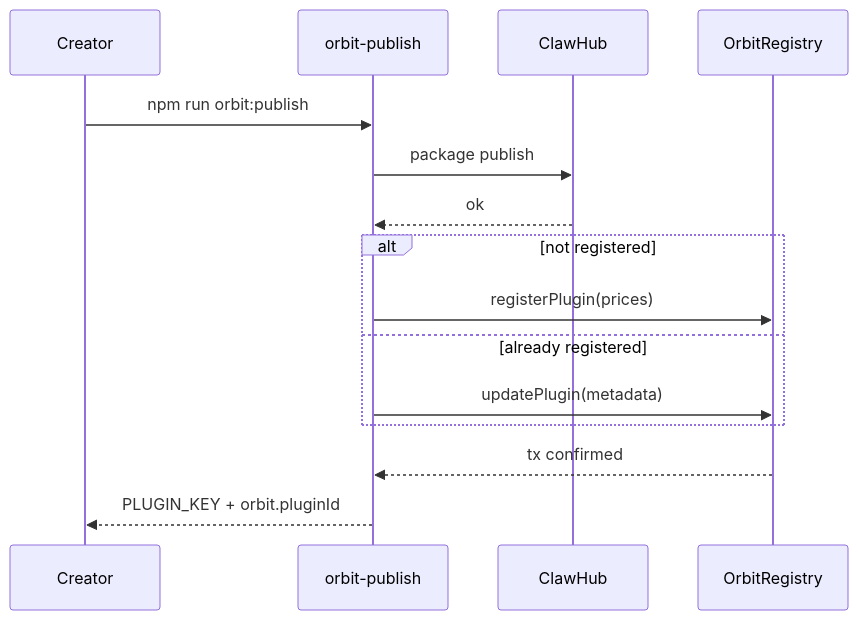
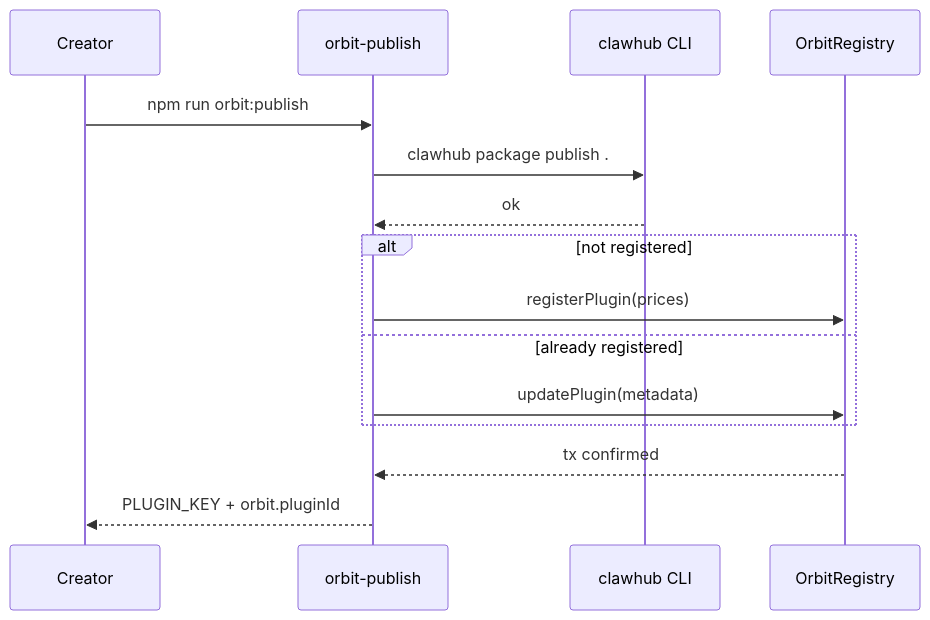
Before and after one commit to hunters-code/orbit-sdk: the first of 2 diagrams in README.md, drawn with Mermaid. The commit also changed other lines of this file and 6 other files, not shown here.

First line of the commit message:
fix: use clawhub package publish instead of openclaw hub

````diff
--- a/README.md
+++ b/README.md
@@ -368,18 +374,18 @@
 ```mermaid
 sequenceDiagram
   participant Creator
   participant CLI as orbit-publish
-  participant ClawHub
+  participant ClawHub as clawhub CLI
   participant Registry as OrbitRegistry
 
   Creator->>CLI: npm run orbit:publish
-  CLI->>ClawHub: package publish
+  CLI->>ClawHub: clawhub package publish .
   ClawHub-->>CLI: ok
   alt not registered
     CLI->>Registry: registerPlugin(prices)
   else already registered
     CLI->>Registry: updatePlugin(metadata)
   end
   Registry-->>CLI: tx confirmed
   CLI-->>Creator: PLUGIN_KEY + orbit.pluginId
 ```
````
